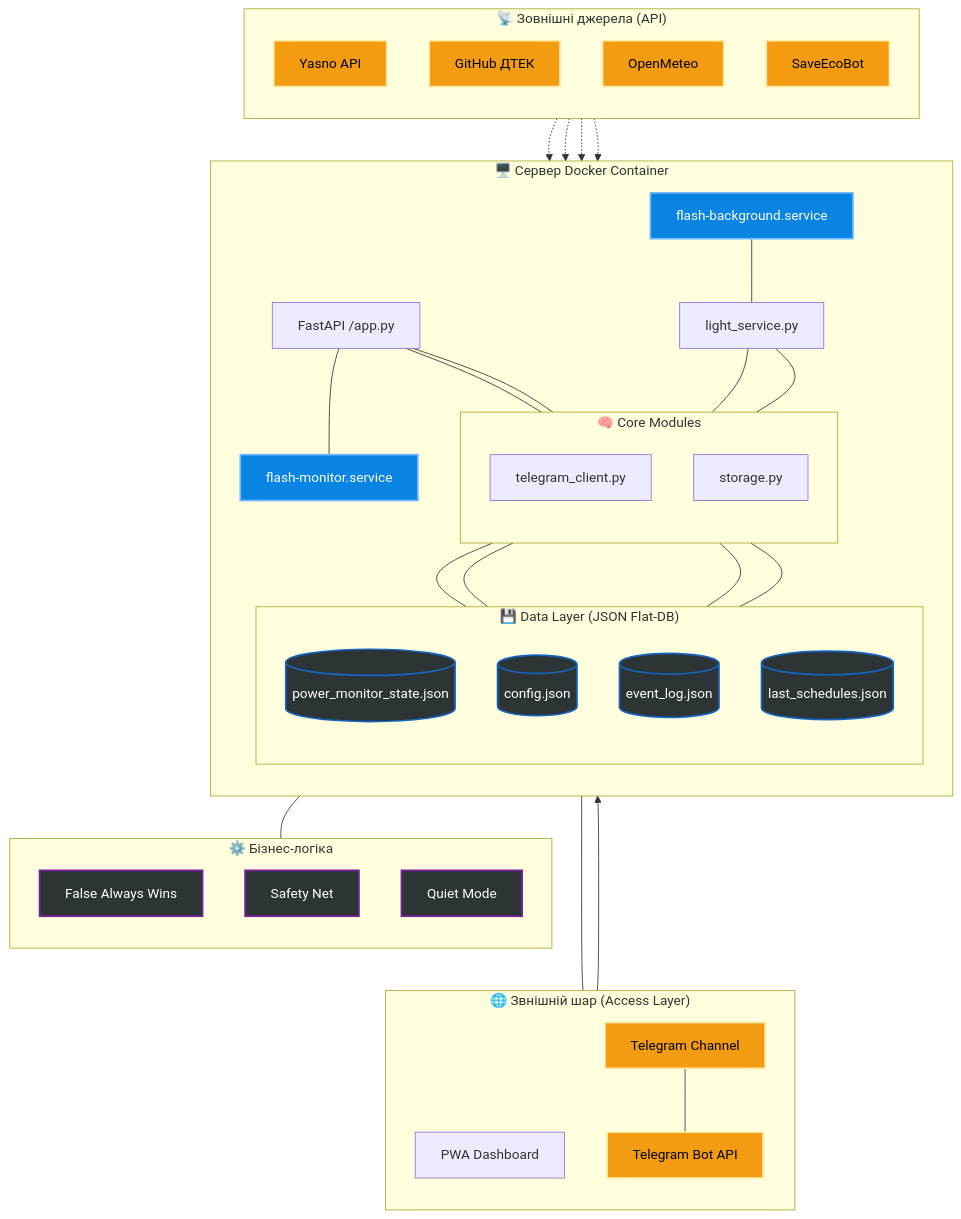
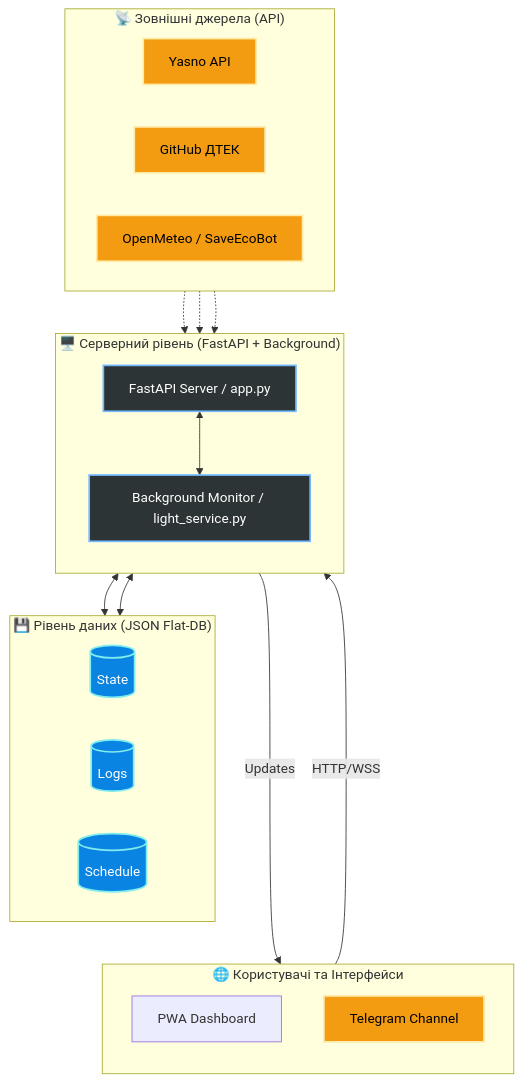
Before and after one commit to weby-homelab/flash-monitor-kyiv: the diagram in README.md, drawn with Mermaid. The commit also changed 4 other files, not shown here.

Commit message:
Update logic for charts, update Mermaid graphs, bump version to 3.3.2

````diff
--- a/README.md
+++ b/README.md
@@ -90,83 +90,51 @@
 ```mermaid
 graph TD
     %% -- Styles --
-    classDef cloud fill:#2d3436,stroke:#7b1fa2,stroke-width:2px,color:#fff
-    classDef local fill:#2d3436,stroke:#1565c0,stroke-width:2px,color:#fff
-    classDef service fill:#0984e3,stroke:#74b9ff,stroke-width:2px,color:#fff
-    classDef security fill:#d63031,stroke:#ff7675,stroke-width:2px,color:#fff
-    classDef network fill:#00b894,stroke:#81ecec,stroke-width:2px,color:#fff
     classDef external fill:#f39c12,stroke:#ffeaa7,stroke-width:2px,color:#000
+    classDef layer fill:#2d3436,stroke:#74b9ff,stroke-width:2px,color:#fff
+    classDef data fill:#0984e3,stroke:#81ecec,stroke-width:2px,color:#fff
+    classDef logic fill:#2d3436,stroke:#7b1fa2,stroke-width:2px,color:#fff
 
-    subgraph EXT ["🌐 Звнішній шар (Access Layer)"]
+    subgraph Users ["🌐 Користувачі та Інтерфейси"]
         direction TB
         WEB[PWA Dashboard]
-        TG[Telegram Channel] --- BOT[Telegram Bot API]
+        TG[Telegram Channel]
     end
 
-    subgraph PROD ["🖥️ Сервер Docker Container"]
+    subgraph App ["🖥️ Серверний рівень (FastAPI + Background)"]
         direction TB
+        API[FastAPI Server / app.py]
+        LMN[Background Monitor / light_service.py]
         
-        API[FastAPI /app.py]
-        SVC[flash-monitor.service]
-        BG[flash-background.service]
-        LMN[light_service.py]
-
-        subgraph Core ["🧠 Core Modules"]
-            direction TB
-            TC[telegram_client.py]
-            ST[storage.py]
-        end
-        
-        subgraph Data ["💾 Data Layer (JSON Flat-DB)"]
-            direction TB
-            STATE[(power_monitor_state.json)]
-            CFG[(config.json)]
-            LOGS[(event_log.json)]
-            SCHED[(last_schedules.json)]
-        end
-        
-        API --- SVC
-        BG --- LMN
-        
-        LMN --- TC
-        LMN --- ST
-        API --- ST
-        API --- TC
-        
-        ST --- STATE
-        ST --- LOGS
-        ST --- SCHED
-        ST --- CFG
+        API <--> LMN
     end
 
-    subgraph Logic ["⚙️ Бізнес-логіка"]
-        direction TB
-        FN[False Always Wins]
-        SN[Safety Net]
-        QM[Quiet Mode]
+    subgraph Data ["💾 Рівень даних (JSON Flat-DB)"]
+        direction LR
+        STATE[(State)]
+        LOGS[(Logs)]
+        SCHED[(Schedule)]
     end
 
-    subgraph SRC ["📡 Зовнішні джерела (API)"]
-        direction TB
+    subgraph External ["📡 Зовнішні джерела (API)"]
+        direction LR
         YASNO[Yasno API]
         DTEK[GitHub ДТЕК]
-        METEO[OpenMeteo]
-        AQI[SaveEcoBot]
+        METEO[OpenMeteo / SaveEcoBot]
     end
 
-    %% -- Connections between subgraphs --
-    WEB ---> API
-    TC --- BOT
-    
-    LMN --- Logic
+    %% Connections
+    WEB --->|HTTP/WSS| API
+    LMN --->|Updates| TG
     
     YASNO -.-> LMN
     DTEK -.-> LMN
-    METEO -.-> SVC
-    AQI -.-> SVC
+    METEO -.-> API
+    
+    API <--> Data
+    LMN <--> Data
 
-    class TG,BOT,YASNO,DTEK,METEO,AQI external
-    class SVC,BG service
-    class STATE,CFG,LOGS,SCHED local
-    class FN,SN,QM cloud
+    class TG,YASNO,DTEK,METEO external
+    class API,LMN layer
+    class STATE,LOGS,SCHED data
 ```
````
